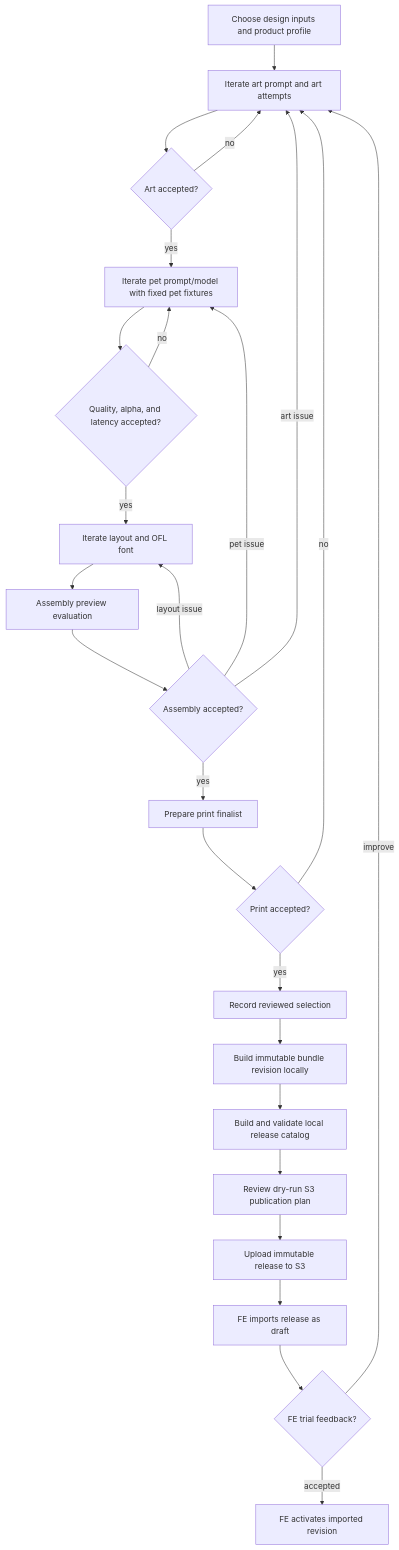
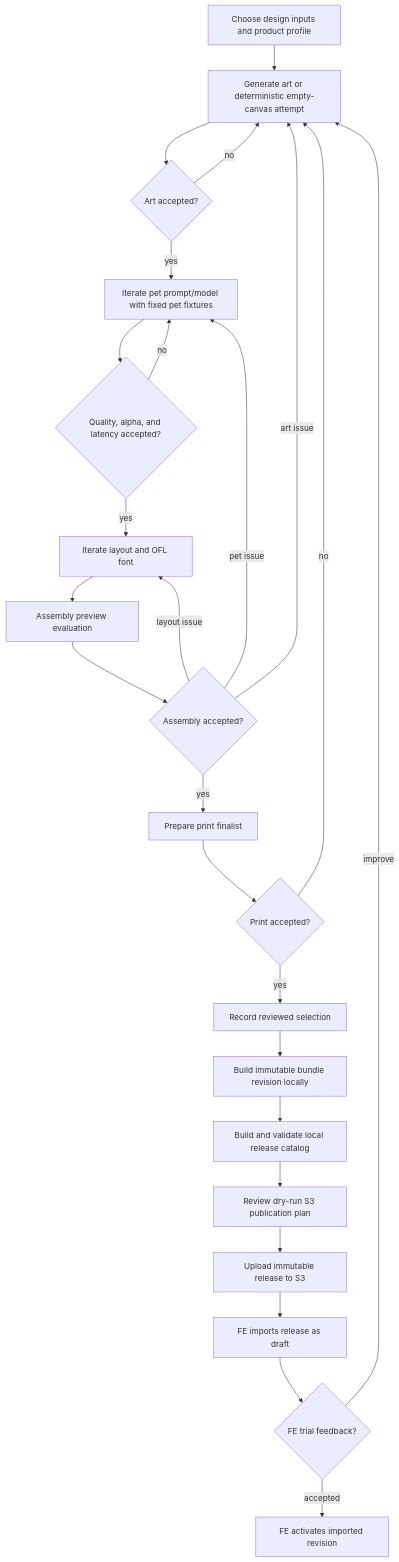
The diagram in TemplateGenerator/docs/MVP_OPERATIONS_GUIDE.md (pawmarvel/playground), drawn with Mermaid before and after one commit. The commit also changed other lines of this file and 13 other files, not shown here.

First line of the commit message:
Add deterministic empty canvas support.

````diff
--- a/TemplateGenerator/docs/MVP_OPERATIONS_GUIDE.md
+++ b/TemplateGenerator/docs/MVP_OPERATIONS_GUIDE.md
@@ -61,27 +63,27 @@
 ```mermaid
 flowchart TD
-    A[Choose design inputs and product profile] --> B[Iterate art prompt and art attempts]
+    A[Choose design inputs and product profile] --> B[Generate art or deterministic empty-canvas attempt]
     B --> C{Art accepted?}
     C -- no --> B
     C -- yes --> D[Iterate pet prompt/model with fixed pet fixtures]
     D --> E{Quality, alpha, and latency accepted?}
     E -- no --> D
     E -- yes --> F[Iterate layout and OFL font]
     F --> G[Assembly preview evaluation]
     G --> H{Assembly accepted?}
     H -- art issue --> B
     H -- pet issue --> D
     H -- layout issue --> F
     H -- yes --> I[Prepare print finalist]
     I --> J{Print accepted?}
     J -- no --> B
     J -- yes --> K[Record reviewed selection]
     K --> L[Build immutable bundle revision locally]
     L --> M[Build and validate local release catalog]
     M --> N[Review dry-run S3 publication plan]
     N --> O[Upload immutable release to S3]
     O --> P[FE imports release as draft]
     P --> Q{FE trial feedback?}
     Q -- improve --> B
     Q -- accepted --> R[FE activates imported revision]
 ```
````
